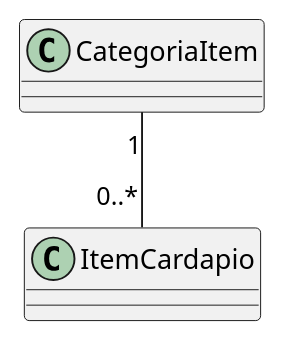
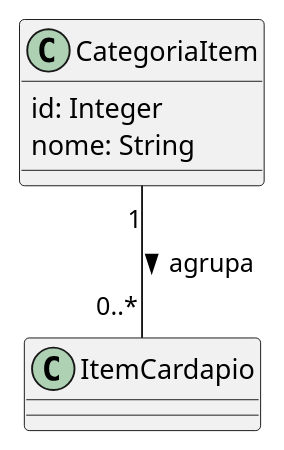
The diagram in Integracao/entidades/Entidade-CategoriaItem.md (joseduardogon/Minha_UFG_Grupo_Cinza), drawn with PlantUML before and after one commit. The commit also changed other lines of this file and 131 other files, not shown here.

````diff
--- a/Integracao/entidades/Entidade-CategoriaItem.md
+++ b/Integracao/entidades/Entidade-CategoriaItem.md
@@ -40,5 +40,8 @@
 ```plantuml
-class CategoriaItem
+class CategoriaItem {
+  id: Integer
+  nome: String
+}
 class ItemCardapio
-CategoriaItem "1" -- "0..*" ItemCardapio
+CategoriaItem "1" -- "0..*" ItemCardapio : agrupa >
 ```
````
